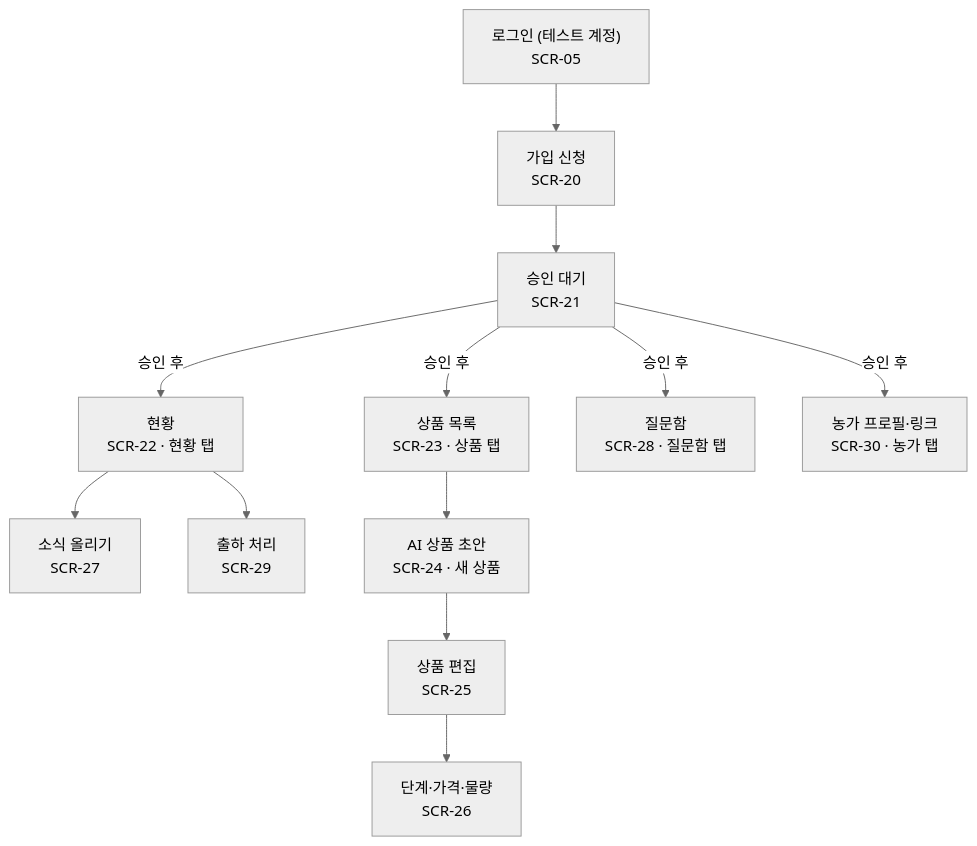
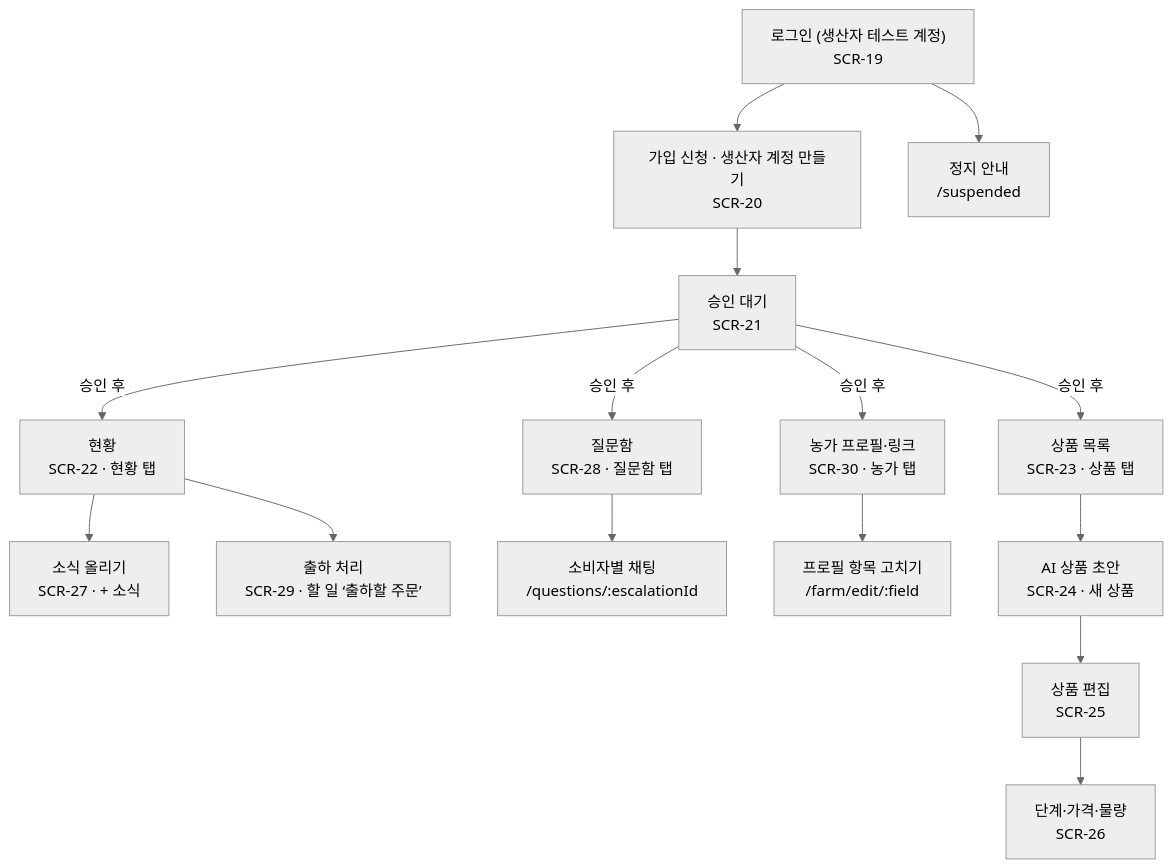
One commit to snuhcs-course/swpp-2026-project-team-06 changed the second of 4 diagrams in docs/spec/ia.md. Above: the diagram before and after it, drawn with Mermaid (neutral theme). The commit also changed other lines of this file, not shown here.

Commit message:
docs(spec): IA 0.4 — 앱별 로그인, 하위 화면·403·정지 안내, IA-Q4 변경 (SWPP-81)

````diff
--- a/docs/spec/ia.md
+++ b/docs/spec/ia.md
@@ -42,11 +45,14 @@
 ```mermaid
 flowchart TD
-  login["로그인 (테스트 계정)<br/>SCR-05"] --> apply["가입 신청<br/>SCR-20"] --> pending["승인 대기<br/>SCR-21"]
+  login["로그인 (생산자 테스트 계정)<br/>SCR-19"] --> apply["가입 신청 · 생산자 계정 만들기<br/>SCR-20"] --> pending["승인 대기<br/>SCR-21"]
+  login --> suspended["정지 안내<br/>/suspended"]
   pending -- 승인 후 --> home["현황<br/>SCR-22 · 현황 탭"]
   pending -- 승인 후 --> products["상품 목록<br/>SCR-23 · 상품 탭"]
   pending -- 승인 후 --> questions["질문함<br/>SCR-28 · 질문함 탭"]
   pending -- 승인 후 --> farmtab["농가 프로필·링크<br/>SCR-30 · 농가 탭"]
-  home --> broadcast["소식 올리기<br/>SCR-27"]
-  home --> ship["출하 처리<br/>SCR-29"]
+  home --> broadcast["소식 올리기<br/>SCR-27 · + 소식"]
+  home --> ship["출하 처리<br/>SCR-29 · 할 일 ‘출하할 주문’"]
+  questions --> qchat["소비자별 채팅<br/>/questions/:escalationId"]
+  farmtab --> fedit["프로필 항목 고치기<br/>/farm/edit/:field"]
   products --> draft["AI 상품 초안<br/>SCR-24 · 새 상품"] --> edit["상품 편집<br/>SCR-25"] --> stages["단계·가격·물량<br/>SCR-26"]
 ```
````
